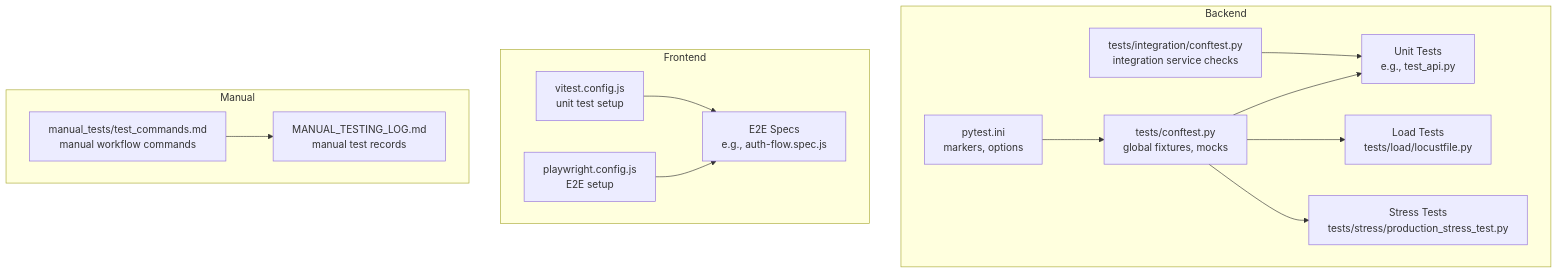
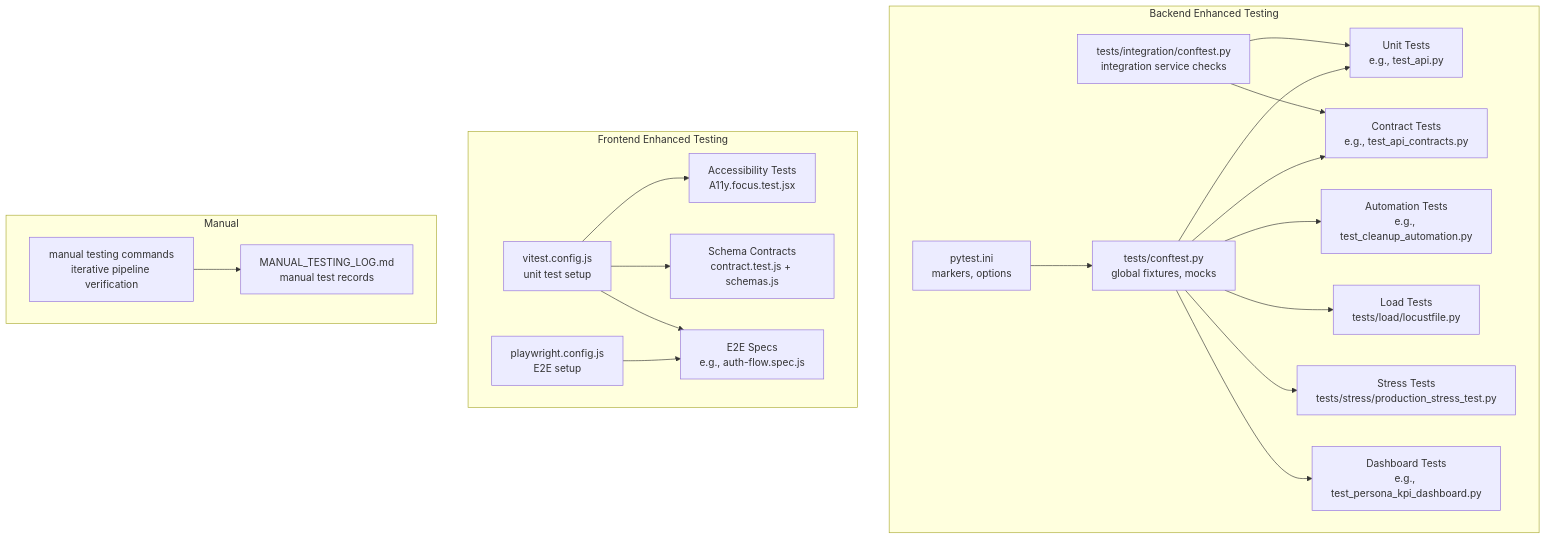
The first of 13 diagrams in .qoder/repowiki/en/content/Testing Strategy/Testing Strategy.md (rohitkumarnaidu/-Auto-AI-Automated-Academic-Docx-Manuscript-Formatter), drawn with Mermaid before and after one commit. The commit also changed other lines of this file and 6 other files, not shown here.

````diff
--- a/.qoder/repowiki/en/content/Testing Strategy/Testing Strategy.md
+++ b/.qoder/repowiki/en/content/Testing Strategy/Testing Strategy.md
@@ -53,28 +67,39 @@
 ```mermaid
 graph TB
-subgraph "Backend"
+subgraph "Backend Enhanced Testing"
 BT["pytest.ini<br/>markers, options"]
 BCF["tests/conftest.py<br/>global fixtures, mocks"]
 BINT["tests/integration/conftest.py<br/>integration service checks"]
 BUNIT["Unit Tests<br/>e.g., test_api.py"]
+BCONTRACT["Contract Tests<br/>e.g., test_api_contracts.py"]
+BAUTOMATION["Automation Tests<br/>e.g., test_cleanup_automation.py"]
 BPERF["Load Tests<br/>tests/load/locustfile.py"]
 BSTRESS["Stress Tests<br/>tests/stress/production_stress_test.py"]
+BDASHBOARD["Dashboard Tests<br/>e.g., test_persona_kpi_dashboard.py"]
 end
-subgraph "Frontend"
+subgraph "Frontend Enhanced Testing"
 FVITEST["vitest.config.js<br/>unit test setup"]
+FA11Y["Accessibility Tests<br/>A11y.focus.test.jsx"]
+FSCHEMA["Schema Contracts<br/>contract.test.js + schemas.js"]
 FE2E["playwright.config.js<br/>E2E setup"]
 FTESTS["E2E Specs<br/>e.g., auth-flow.spec.js"]
 end
 subgraph "Manual"
-MCMDS["manual_tests/test_commands.md<br/>manual workflow commands"]
+MCMDS["manual testing commands<br/>iterative pipeline verification"]
 MLOG["MANUAL_TESTING_LOG.md<br/>manual test records"]
 end
 BT --> BCF
 BCF --> BUNIT
+BCF --> BCONTRACT
+BCF --> BAUTOMATION
 BCF --> BPERF
 BCF --> BSTRESS
+BCF --> BDASHBOARD
 BINT --> BUNIT
+BINT --> BCONTRACT
+FVITEST --> FA11Y
+FVITEST --> FSCHEMA
 FVITEST --> FTESTS
 FE2E --> FTESTS
 MCMDS --> MLOG
 ```
````
